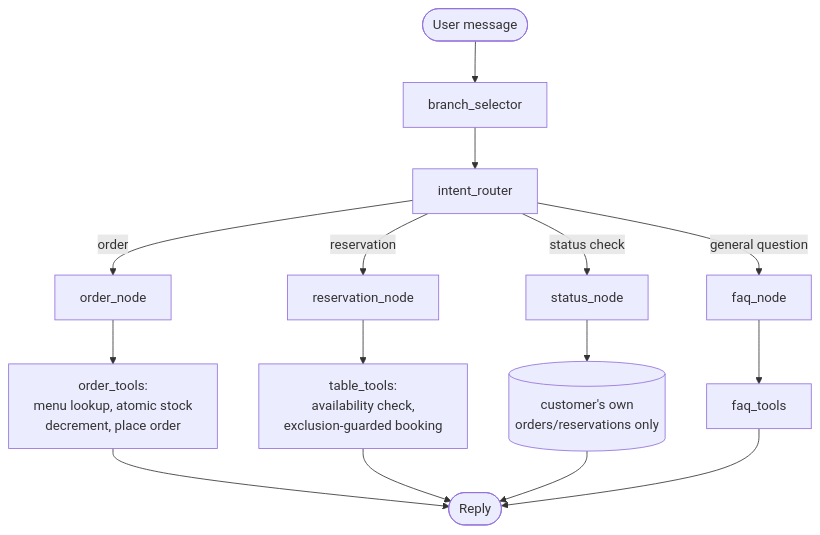
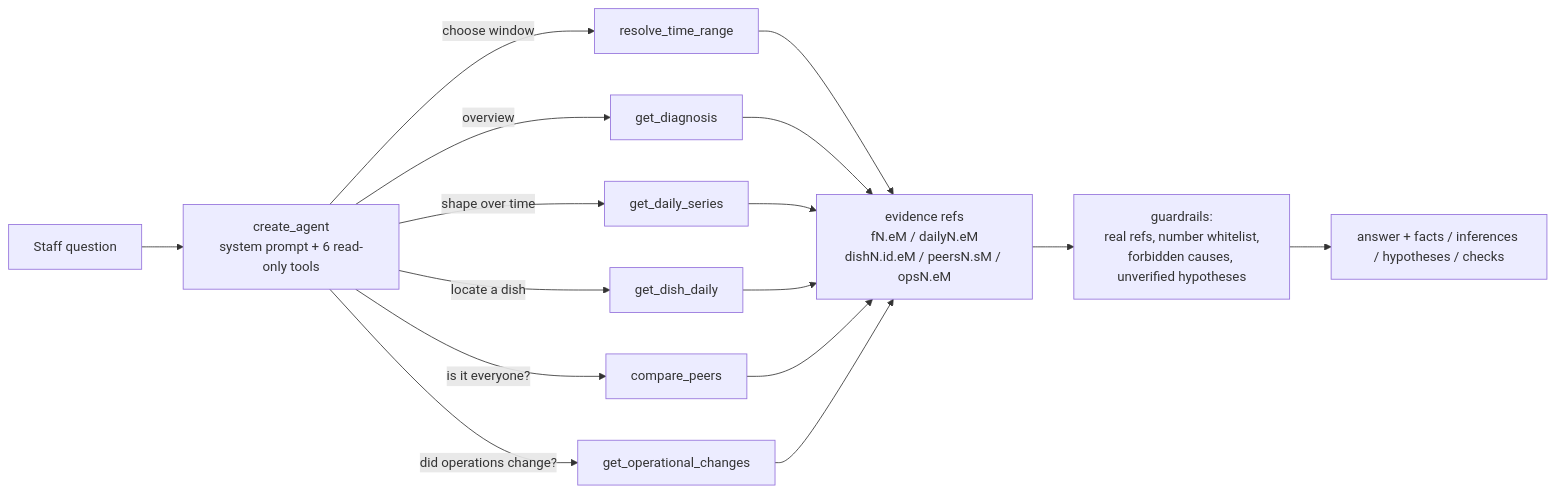
The second of 2 diagrams in ARCHITECTURE.md (ther208qq/multi-restaurant-agent), drawn with Mermaid before and after one commit. The commit also changed other lines of this file and 97 other files, not shown here.

````diff
--- a/ARCHITECTURE.md
+++ b/ARCHITECTURE.md
@@ -34,17 +52,13 @@
 ```mermaid
-graph TD
-    Start([User message]) --> BS[branch_selector]
-    BS --> IR[intent_router]
-    IR -->|order| ON[order_node]
-    IR -->|reservation| RN[reservation_node]
-    IR -->|status check| SN[status_node]
-    IR -->|general question| FN[faq_node]
-    ON --> OT[order_tools:<br/>menu lookup, atomic stock<br/>decrement, place order]
-    RN --> RT[table_tools:<br/>availability check,<br/>exclusion-guarded booking]
-    SN --> DB1[(customer's own<br/>orders/reservations only)]
-    FN --> FT[faq_tools]
-    OT --> End([Reply])
-    RT --> End
-    DB1 --> End
-    FT --> End
+graph LR
+    Q[Staff question] --> A[create_agent<br/>system prompt + 6 read-only tools]
+    A -->|choose window| T1[resolve_time_range]
+    A -->|overview| T2[get_diagnosis]
+    A -->|shape over time| T3[get_daily_series]
+    A -->|locate a dish| T4[get_dish_daily]
+    A -->|is it everyone?| T5[compare_peers]
+    A -->|did operations change?| T6[get_operational_changes]
+    T1 & T2 & T3 & T4 & T5 & T6 --> G[evidence refs<br/>fN.eM / dailyN.eM<br/>dishN.id.eM / peersN.sM / opsN.eM]
+    G --> V[guardrails:<br/>real refs, number whitelist,<br/>forbidden causes, unverified hypotheses]
+    V --> R[answer + facts / inferences / hypotheses / checks]
 ```
````
